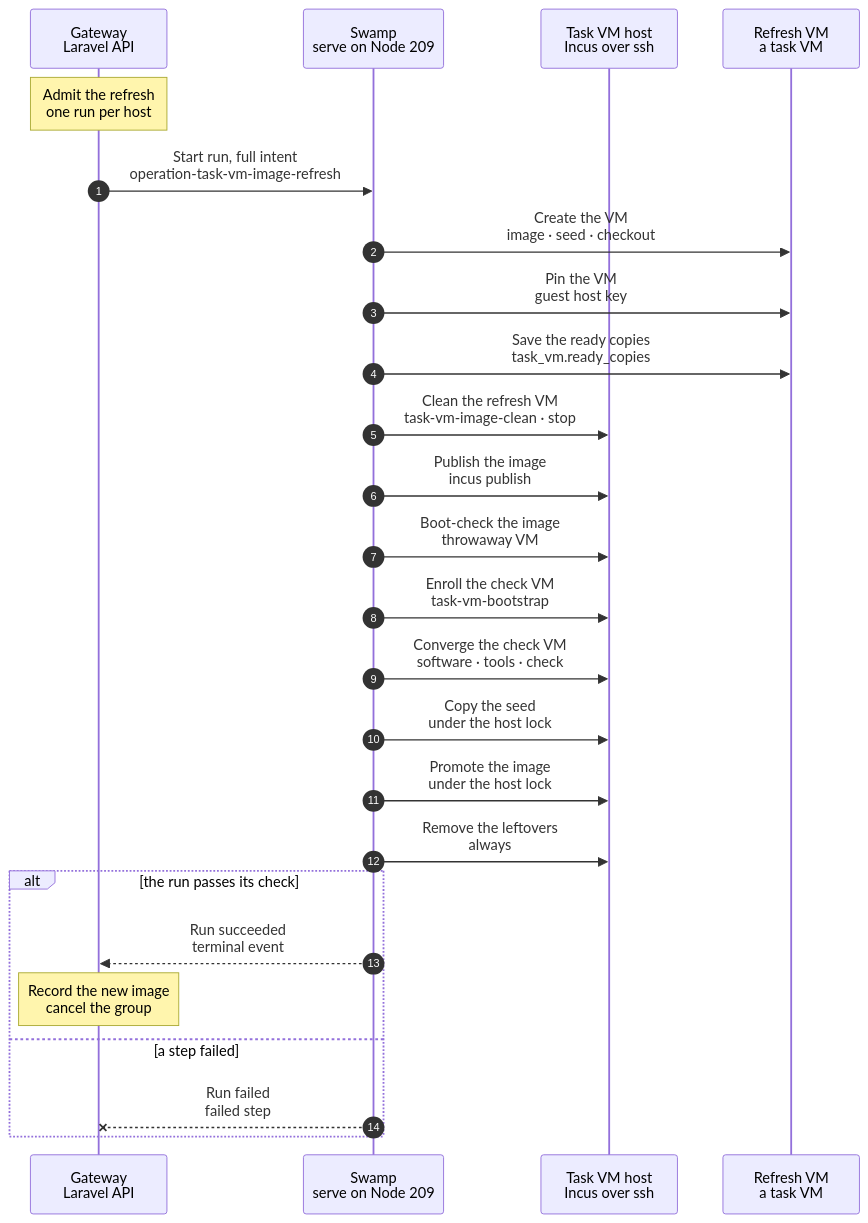
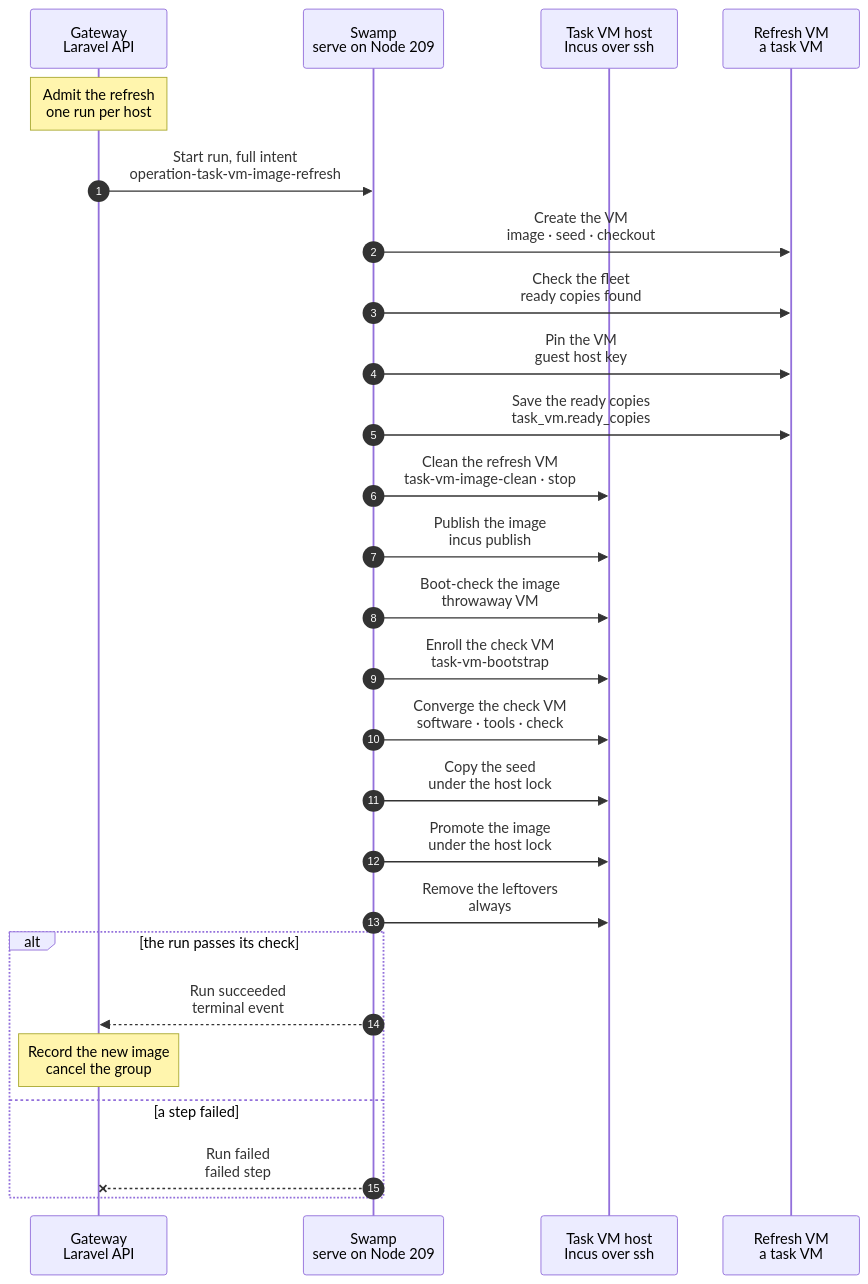
One commit to hardimpactdev/orbit changed the diagram in docs/cli/tasks/vm-image-refresh.mmd. Above: the diagram before and after it, drawn with Mermaid. The commit also changed 8 other files, not shown here.

Commit message:
fix(swamp): one lookup for the nested fleet, and a refresh without ready copies fails before it publishes

```diff
--- a/docs/cli/tasks/vm-image-refresh.mmd
+++ b/docs/cli/tasks/vm-image-refresh.mmd
@@ -1,67 +1,70 @@
 sequenceDiagram
   %% Target design: the run that refreshes the task image and the topology seed of one task VM host (stage 6, docs/reference/pipeline/6-task-image-seed-refresh.mmd). It is the per-host part of that chart, as built.
   %% status: draft
   %% command: none · task-vms:refresh-image on the Gateway host
   %% kind: task_vm.image_refresh
   autonumber
   %% lane GW icon=gateway pill=intent tone=blue
   %% lane SW icon=workflow pill=executes tone=green
   %% lane H icon=server pill=target tone=amber
   %% lane VM icon=server pill=refresh VM tone=purple
   participant GW as Gateway<br/>Laravel API
   participant SW as Swamp<br/>serve on Node 209
   participant H as Task VM host<br/>Incus over ssh
   participant VM as Refresh VM<br/>a task VM
   Note over GW: Admit the refresh<br/>one run per host
   %%> Started by:
   %%> - the release projection, when the release that went live changed playbooks, pins or lock files; a daily Gateway schedule; and the operator commands `php artisan task-vms:refresh-image HOST` and `task-vms:refresh-images`
   %%> Requirements:
   %%> - an active, configured task VM host with a promoted image and no image build running, and a Gateway release with a commit
   %%> Result:
   %%> - a group of its own in the proof Project, placed on this host only, and the full intent recorded; a second admission for the host returns the open run
   GW->>SW: Start run, full intent<br/>operation-task-vm-image-refresh
   SW->>VM: Create the VM<br/>image · seed · checkout
   %%> What it does:
   %%> - the child `operation-task-provision`: a task VM from the image the host promoted last, with a clone of its seed, the checkout of the release commit, the converge of the outer VM and the nested fleet from the ready copies
+  SW->>VM: Check the fleet<br/>ready copies found
+  %%> What it does:
+  %%> - an assert on the receipt of the VM step: the nested fleet started from the ready copies; a seed without usable ready copies fails the run here, before anything is published
   SW->>VM: Pin the VM<br/>guest host key
   %%> What it does:
   %%> - fills the host key the VM step observed into the ready copies intent
   SW->>VM: Save the ready copies<br/>task_vm.ready_copies
   %%> What it does:
   %%> - the child `operation-task-vm-ready-copies`: key-free, self-contained copies in the seed disk, boot-checked
   SW->>H: Clean the refresh VM<br/>task-vm-image-clean · stop
   %%> What it does:
   %%> - the child `task-vm-image-clean` through `incus exec`, which the image build calls too for its builder: removes the nested guests and network, the WireGuard key, the observer identity and secret, the Pi token, the model key, the Club key and the checkout
   %%> - resets cloud-init, the machine-id and the SSH host keys, trims the disk and stops the VM
   SW->>H: Publish the image<br/>incus publish
   %%> What it does:
   %%> - publishes the stopped VM under a candidate alias and reads its fingerprint
   SW->>H: Boot-check the image<br/>throwaway VM
   %%> What it does:
   %%> - the child `task-vm-image-smoke`, as in the image build: a throwaway VM from the candidate and the check phase of the task VM role on it
   SW->>H: Enroll the check VM<br/>task-vm-bootstrap
   %%> What it does:
   %%> - the child `task-vm-bootstrap` on the throwaway VM of the boot check: the account, the key, the sudoers file and the observer install with their checks, the same steps as an enrollment
   SW->>H: Converge the check VM<br/>software · tools · check
   %%> What it does:
   %%> - the child `task-vm-image-ansible` with the phases of a provision converge on the same VM; the promotion waits for this step and the one before
   SW->>H: Copy the seed<br/>under the host lock
   %%> What it does:
   %%> - copies the seed disk of the refresh VM to the seed name of the new fingerprint, then `zfs promote` so refreshes form no clone chain
   SW->>H: Promote the image<br/>under the host lock
   %%> What it does:
   %%> - the child `task-vm-image-promote`, as in the image build: the alias moves to the new image and the old image keeps the alias `-previous`; the old seed stays under its own name
   SW->>H: Remove the leftovers<br/>always
   %%> What it does:
   %%> - removes the check VM; when the alias does not point at the new image, also the candidate image and the new seed
   alt the run passes its check
     SW-->>GW: Run succeeded<br/>terminal event
     Note over GW: Record the new image<br/>cancel the group
     %%> Result:
     %%> - the new image is the host's latest promoted build, with the recipe identity of the release
     %%> - the cancel of the group destroys the refresh VM
   else a step failed
     SW--xGW: Run failed<br/>failed step
     %%> On failure:
     %%> - the host keeps the image and the seed it had; the group is cancelled and the refresh VM destroyed
   end
```
